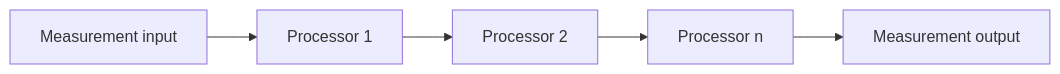
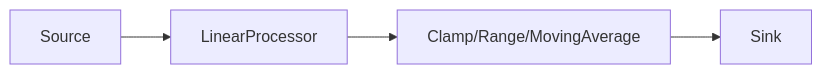
Before and after one commit to MROutake/MEA-: the diagram in repositories/mea-processing/README.md, drawn with Mermaid. The commit also changed other lines of this file and 86 other files, not shown here.

Commit message:
docs: align workspace with modular target architecture

````diff
--- a/repositories/mea-processing/README.md
+++ b/repositories/mea-processing/README.md
@@ -16,10 +12,9 @@
 ```mermaid
 flowchart LR
-    Input[Measurement input]
-    P1[Processor 1]
-    P2[Processor 2]
-    P3[Processor n]
-    Output[Measurement output]
+    Source[Source]
+    P1[LinearProcessor]
+    P2[Clamp/Range/MovingAverage]
+    Sink[Sink]
 
-    Input --> P1 --> P2 --> P3 --> Output
+    Source --> P1 --> P2 --> Sink
 ```
````
